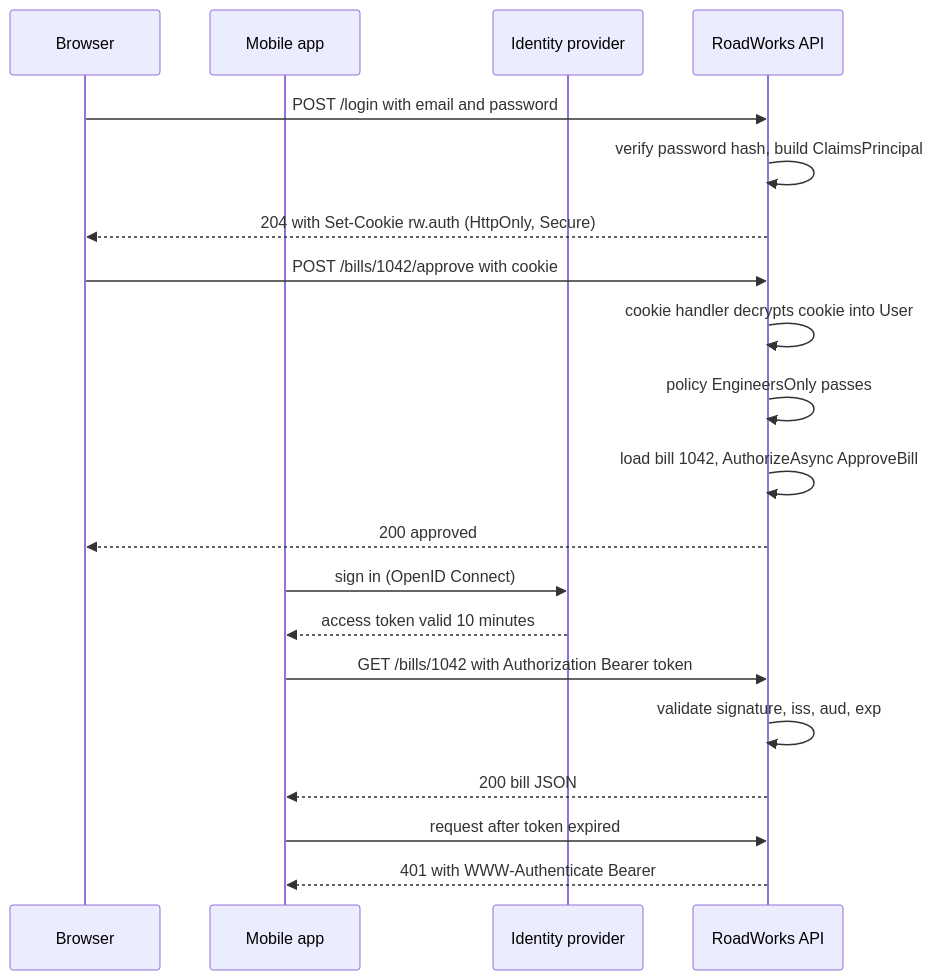
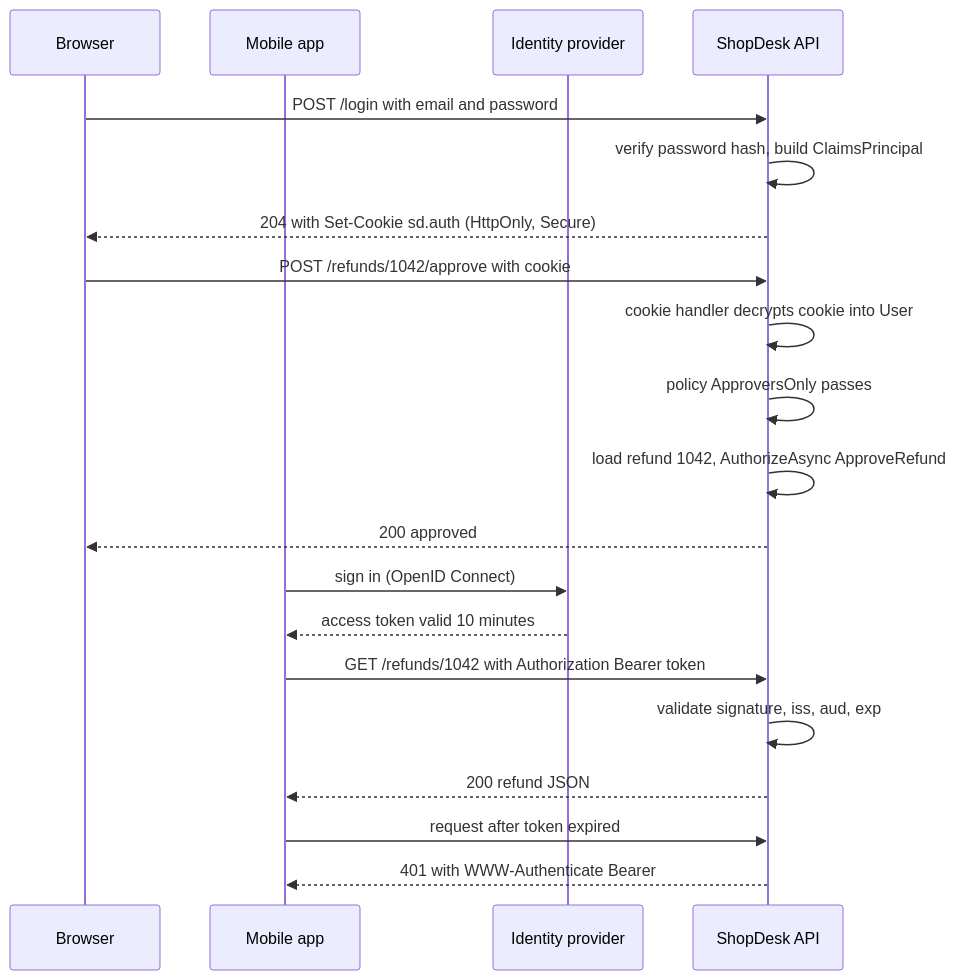
Before and after one commit to rizwi0786/system-design-lab: the second of 3 diagrams in content/lessons/m03/m03-authn-authz.md, drawn with Mermaid. The commit also changed other lines of this file and 334 other files, not shown here.

````diff
--- a/content/lessons/m03/m03-authn-authz.md
+++ b/content/lessons/m03/m03-authn-authz.md
@@ -233,22 +233,22 @@
 ```mermaid
 sequenceDiagram
     participant B as Browser
     participant M as Mobile app
     participant IdP as Identity provider
-    participant API as RoadWorks API
+    participant API as ShopDesk API
     B->>API: POST /login with email and password
     API->>API: verify password hash, build ClaimsPrincipal
-    API-->>B: 204 with Set-Cookie rw.auth (HttpOnly, Secure)
-    B->>API: POST /bills/1042/approve with cookie
+    API-->>B: 204 with Set-Cookie sd.auth (HttpOnly, Secure)
+    B->>API: POST /refunds/1042/approve with cookie
     API->>API: cookie handler decrypts cookie into User
-    API->>API: policy EngineersOnly passes
-    API->>API: load bill 1042, AuthorizeAsync ApproveBill
+    API->>API: policy ApproversOnly passes
+    API->>API: load refund 1042, AuthorizeAsync ApproveRefund
     API-->>B: 200 approved
     M->>IdP: sign in (OpenID Connect)
     IdP-->>M: access token valid 10 minutes
-    M->>API: GET /bills/1042 with Authorization Bearer token
+    M->>API: GET /refunds/1042 with Authorization Bearer token
     API->>API: validate signature, iss, aud, exp
-    API-->>M: 200 bill JSON
+    API-->>M: 200 refund JSON
     M->>API: request after token expired
     API-->>M: 401 with WWW-Authenticate Bearer
 ```
````
